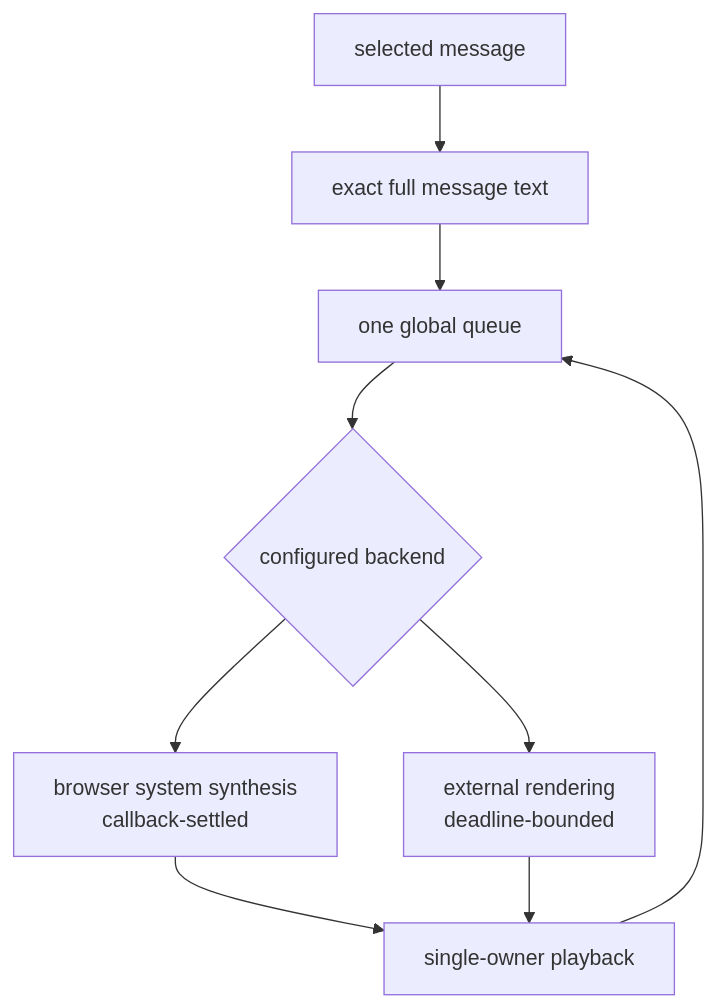
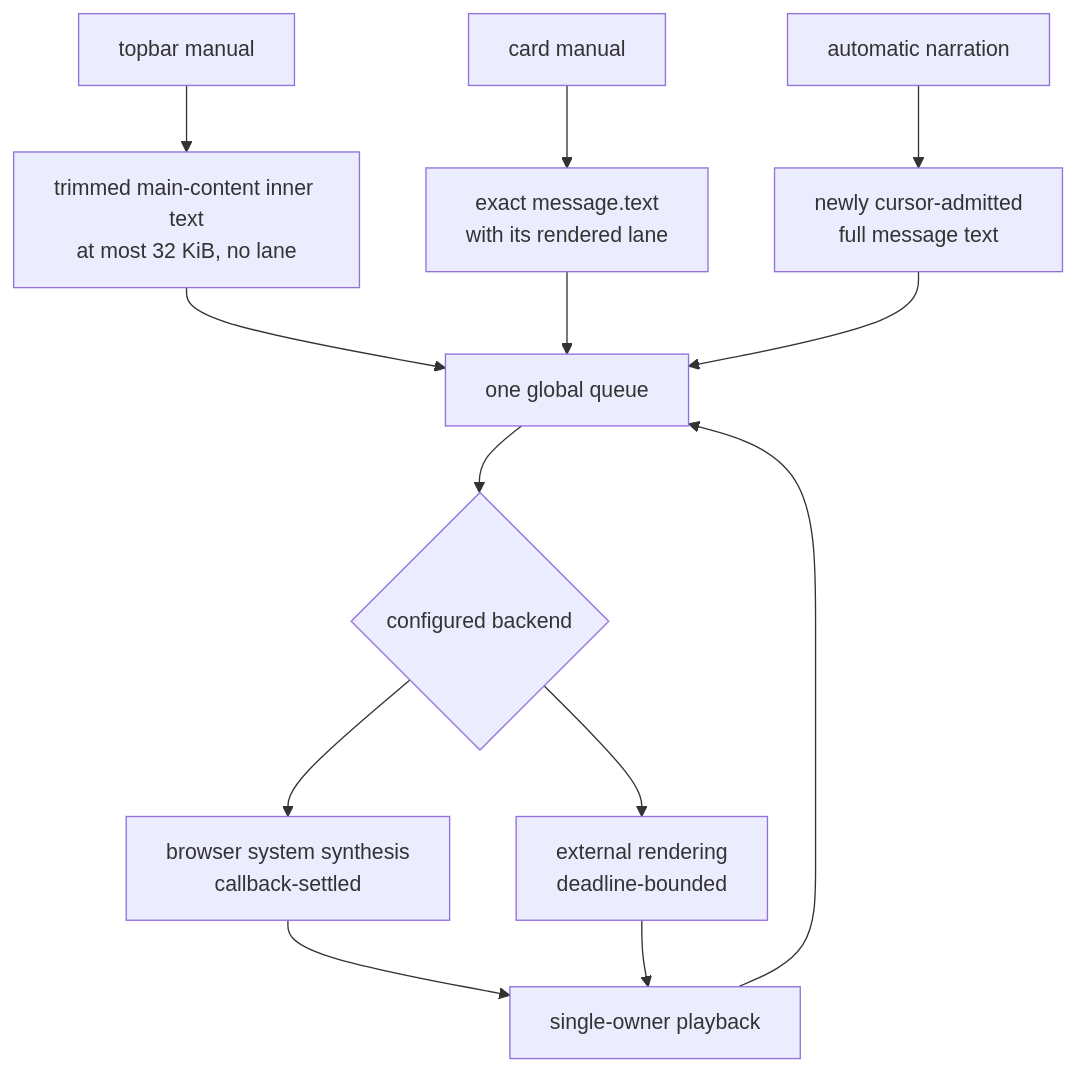
Diagram 12 of 13 in docs/product/interfaces.md (infimalabs/spice-rust), drawn with Mermaid before and after one commit. The commit also changed other lines of this file and 120 other files, not shown here.

````diff
--- a/docs/product/interfaces.md
+++ b/docs/product/interfaces.md
@@ -325,11 +325,15 @@
 ```mermaid
 flowchart TD
-  M["selected message"] --> E["exact full message text"]
-  E --> Q["one global queue"]
+  T["topbar manual"] --> TC["trimmed main-content inner text<br/>at most 32 KiB, no lane"]
+  C["card manual"] --> CM["exact message.text<br/>with its rendered lane"]
+  N["automatic narration"] --> NM["newly cursor-admitted<br/>full message text"]
+  TC --> Q["one global queue"]
+  CM --> Q
+  NM --> Q
   Q --> B{"configured backend"}
   B --> S["browser system synthesis<br/>callback-settled"]
   B --> X["external rendering<br/>deadline-bounded"]
   S --> P["single-owner playback"]
   X --> P
   P --> Q
 ```
````
